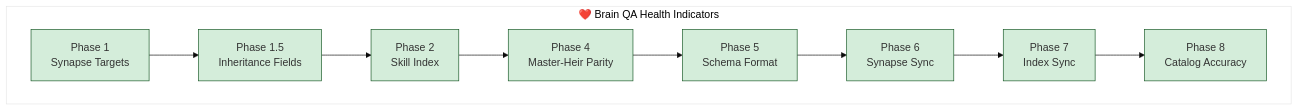
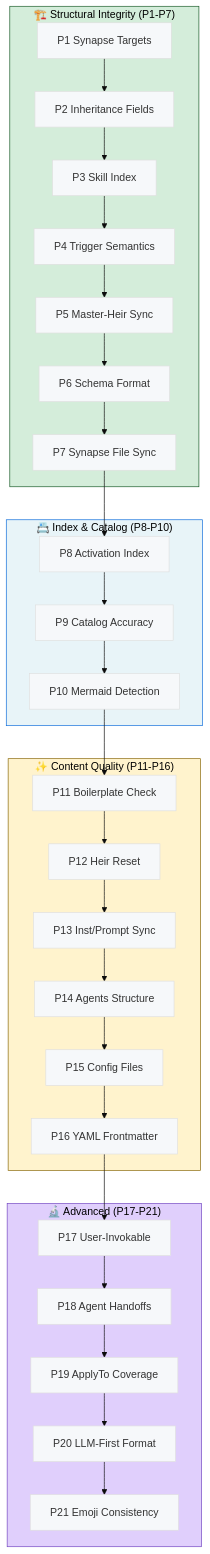
The fifth of 6 diagrams in alex_docs/skills/SKILLS-CATALOG.md (fabioc-aloha/Alex_Plug_In), drawn with Mermaid before and after one commit. The commit also changed other lines of this file and 52 other files, not shown here.

````diff
--- a/alex_docs/skills/SKILLS-CATALOG.md
+++ b/alex_docs/skills/SKILLS-CATALOG.md
@@ -712,25 +790,46 @@
 ```mermaid
 %%{init: {'theme': 'base', 'themeVariables': { 'primaryColor': '#f6f8fa'}}}%%
 flowchart TB
-    subgraph Health["❤️ Brain QA Health Indicators"]
-        P1["Phase 1<br/>Synapse Targets"]
-        P15["Phase 1.5<br/>Inheritance Fields"]
-        P2["Phase 2<br/>Skill Index"]
-        P4["Phase 4<br/>Master-Heir Parity"]
-        P5["Phase 5<br/>Schema Format"]
-        P6["Phase 6<br/>Synapse Sync"]
-        P7["Phase 7<br/>Index Sync"]
-        P8["Phase 8<br/>Catalog Accuracy"]
+    subgraph Structural["🏗️ Structural Integrity (P1-P7)"]
+        P1["P1 Synapse Targets"]
+        P2["P2 Inheritance Fields"]
+        P3["P3 Skill Index"]
+        P4["P4 Trigger Semantics"]
+        P5["P5 Master-Heir Sync"]
+        P6["P6 Schema Format"]
+        P7["P7 Synapse File Sync"]
     end
 
-    P1 --> P15 --> P2 --> P4 --> P5 --> P6 --> P7 --> P8
+    subgraph Index["📇 Index & Catalog (P8-P10)"]
+        P8["P8 Activation Index"]
+        P9["P9 Catalog Accuracy"]
+        P10["P10 Mermaid Detection"]
+    end
 
-    style P1 fill:#d4edda,stroke:#155724
-    style P15 fill:#d4edda,stroke:#155724
-    style P2 fill:#d4edda,stroke:#155724
-    style P4 fill:#d4edda,stroke:#155724
-    style P5 fill:#d4edda,stroke:#155724
-    style P6 fill:#d4edda,stroke:#155724
-    style P7 fill:#d4edda,stroke:#155724
-    style P8 fill:#d4edda,stroke:#155724
+    subgraph Quality["✨ Content Quality (P11-P16)"]
+        P11["P11 Boilerplate Check"]
+        P12["P12 Heir Reset"]
+        P13["P13 Inst/Prompt Sync"]
+        P14["P14 Agents Structure"]
+        P15["P15 Config Files"]
+        P16["P16 YAML Frontmatter"]
+    end
+
+    subgraph Advanced["🔬 Advanced (P17-P21)"]
+        P17["P17 User-Invokable"]
+        P18["P18 Agent Handoffs"]
+        P19["P19 ApplyTo Coverage"]
+        P20["P20 LLM-First Format"]
+        P21["P21 Emoji Consistency"]
+    end
+
+    P1 --> P2 --> P3 --> P4 --> P5 --> P6 --> P7
+    P7 --> P8 --> P9 --> P10
+    P10 --> P11 --> P12 --> P13 --> P14 --> P15 --> P16
+    P16 --> P17 --> P18 --> P19 --> P20 --> P21
+
+    style Structural fill:#d4edda,stroke:#155724
+    style Index fill:#e8f4f8,stroke:#0969da
+    style Quality fill:#fff3cd,stroke:#856404
+    style Advanced fill:#e0cffc,stroke:#6f42c1
 ```
````
